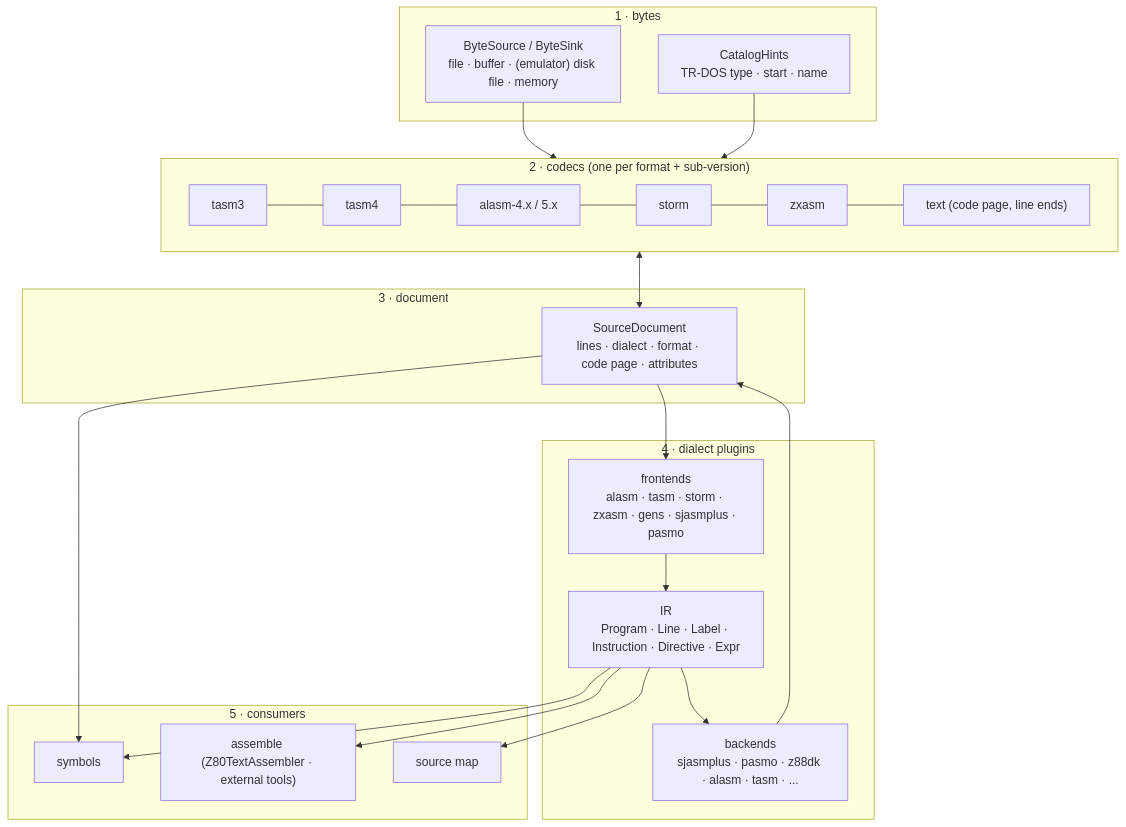
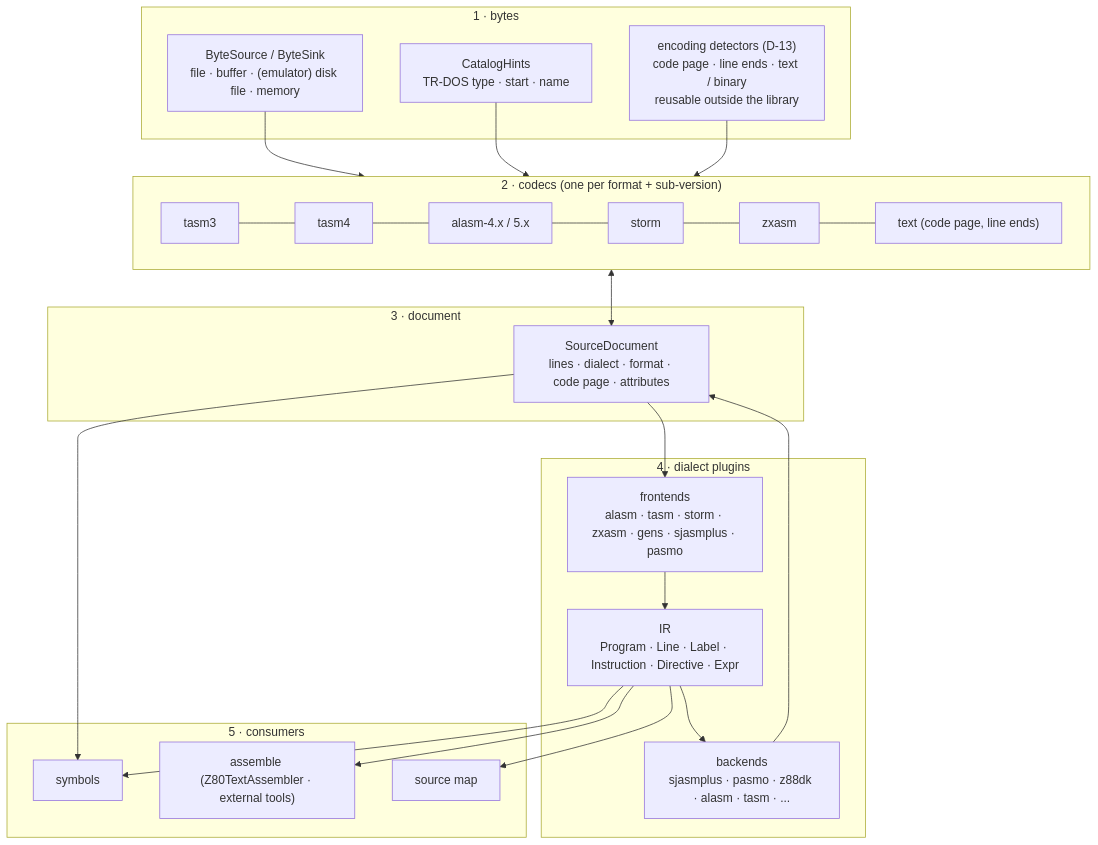
The first of 9 diagrams in docs/inprogress/2026-10-05-unreal-asm/architecture.md (alfishe/unreal-ng), drawn with Mermaid before and after one commit. The commit also changed 3 other files, not shown here.

Commit message:
docs(asm): D-13 encoding detectors as reusable classes of the library

````diff
--- a/docs/inprogress/2026-10-05-unreal-asm/architecture.md
+++ b/docs/inprogress/2026-10-05-unreal-asm/architecture.md
@@ -21,29 +21,31 @@
 ```mermaid
 flowchart TB
     subgraph L1["1 · bytes"]
         BS["ByteSource / ByteSink<br/>file · buffer · (emulator) disk file · memory"]
         CH["CatalogHints<br/>TR-DOS type · start · name"]
+        EN["encoding detectors (D-13)<br/>code page · line ends · text / binary<br/>reusable outside the library"]
     end
     subgraph L2["2 · codecs (one per format + sub-version)"]
         C1["tasm3"] --- C2["tasm4"] --- C3["alasm-4.x / 5.x"] --- C4["storm"] --- C5["zxasm"] --- C6["text (code page, line ends)"]
     end
     subgraph L3["3 · document"]
         SD["SourceDocument<br/>lines · dialect · format · code page · attributes"]
     end
     subgraph L4["4 · dialect plugins"]
         FE["frontends<br/>alasm · tasm · storm · zxasm · gens · sjasmplus · pasmo"]
         IR["IR<br/>Program · Line · Label · Instruction · Directive · Expr"]
         BE["backends<br/>sjasmplus · pasmo · z88dk · alasm · tasm · ..."]
     end
     subgraph L5["5 · consumers"]
         SY["symbols"]
         ASM["assemble (Z80TextAssembler · external tools)"]
         SM["source map"]
     end
     BS --> L2
     CH --> L2
+    EN --> L2
     L2 <--> SD
     SD --> FE --> IR --> BE --> SD
     IR --> SY & ASM & SM
     SD --> SY
 ```
````
